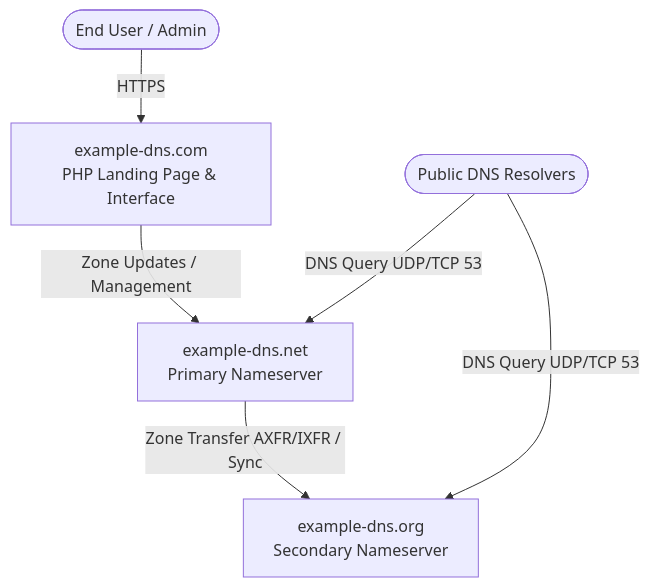
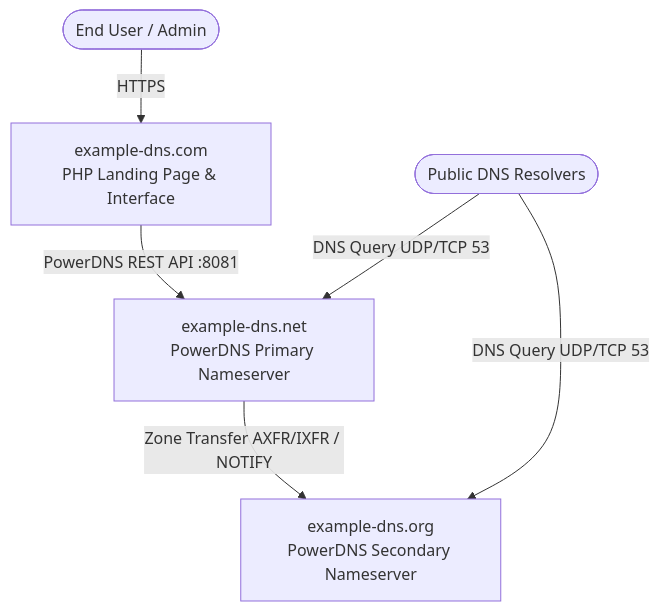
One commit to example-dns/example-dns changed the diagram in docs/architecture.md. Above: the diagram before and after it, drawn with Mermaid. The commit also changed other lines of this file and 6 other files, not shown here.

Commit message:
feat(infra): integrate PowerDNS authoritative nameserver architecture and Docker compose

````diff
--- a/docs/architecture.md
+++ b/docs/architecture.md
@@ -17,9 +29,9 @@
 ```mermaid
 flowchart TD
     User([End User / Admin]) -->|HTTPS| WebApp[example-dns.com<br/>PHP Landing Page & Interface]
-    WebApp -->|Zone Updates / Management| PrimaryNS[example-dns.net<br/>Primary Nameserver]
-    PrimaryNS -->|Zone Transfer AXFR/IXFR / Sync| SecondaryNS[example-dns.org<br/>Secondary Nameserver]
+    WebApp -->|PowerDNS REST API :8081| PrimaryNS[example-dns.net<br/>PowerDNS Primary Nameserver]
+    PrimaryNS -->|Zone Transfer AXFR/IXFR / NOTIFY| SecondaryNS[example-dns.org<br/>PowerDNS Secondary Nameserver]
     
     DNSClient([Public DNS Resolvers]) -->|DNS Query UDP/TCP 53| PrimaryNS
     DNSClient -->|DNS Query UDP/TCP 53| SecondaryNS
 ```
````
